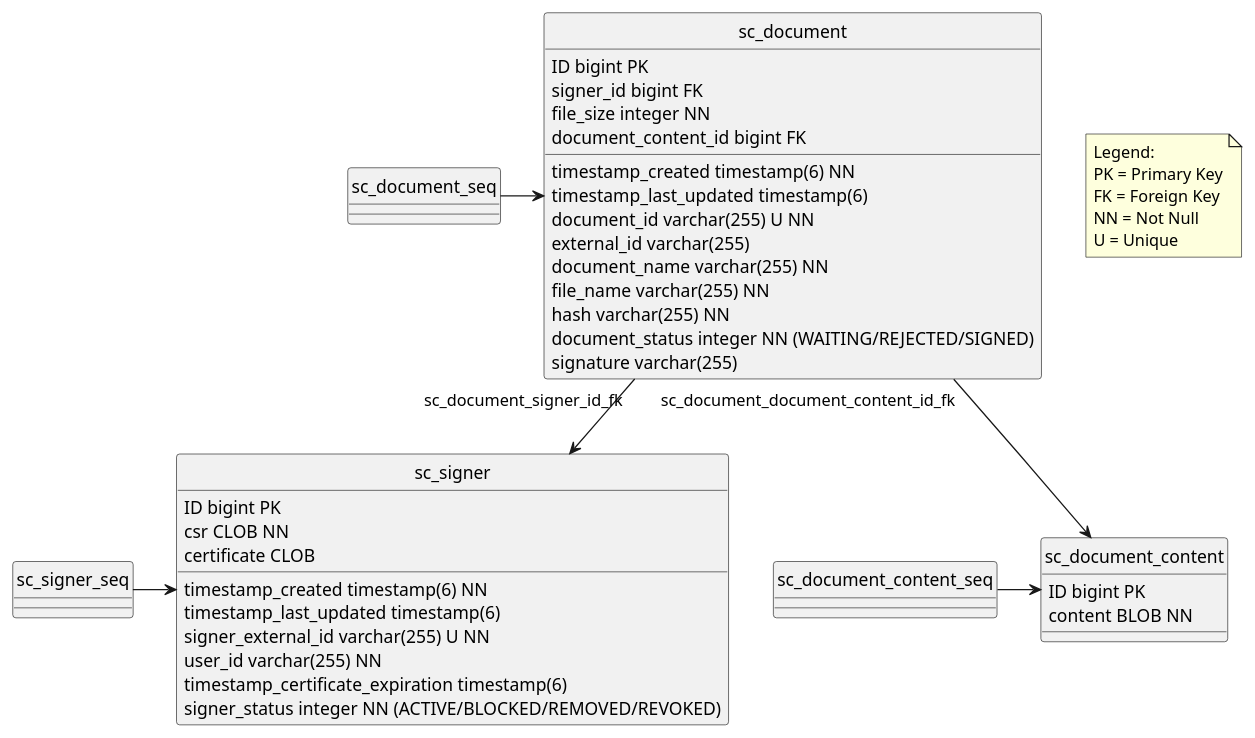
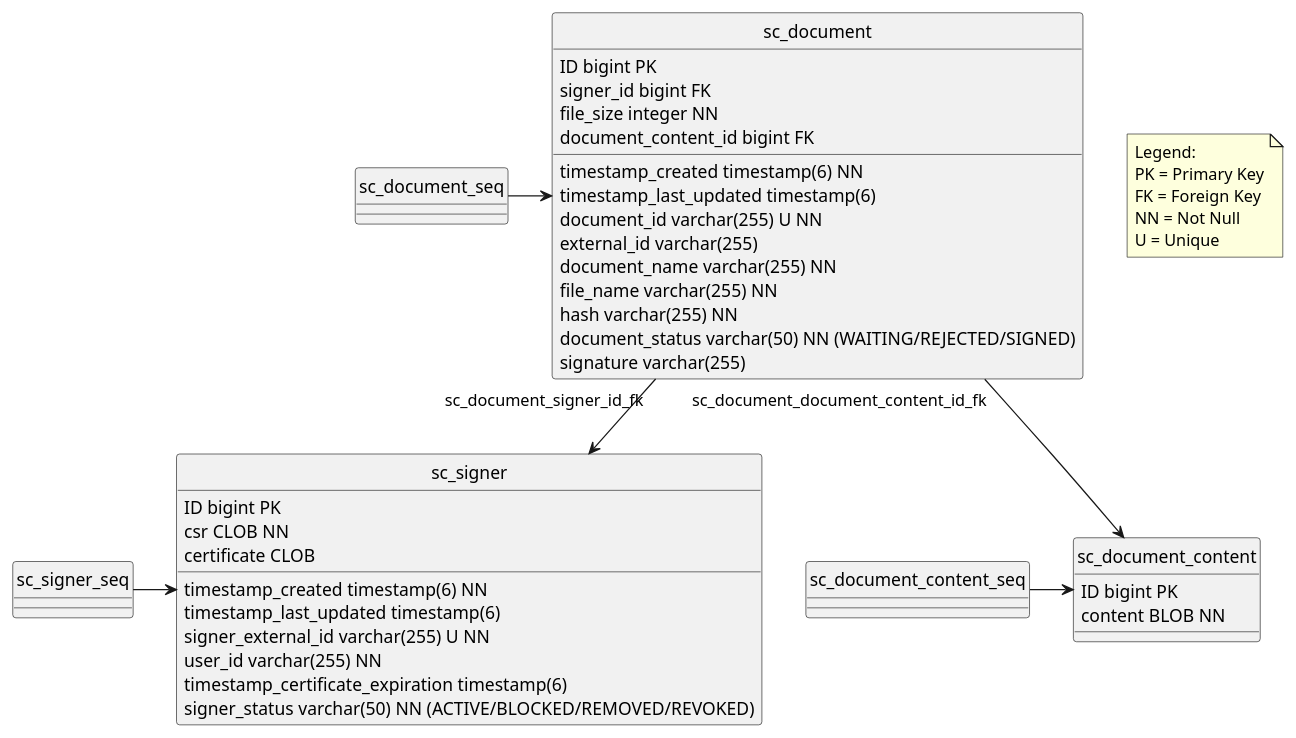
One commit to wultra/signer-cloud changed the diagram in docs-private/cloud_signer_server_database_schema.puml. Above: the diagram before and after it, drawn with PlantUML.

Commit message:
Fix incorrect status type in DB plantuml documentation

```diff
--- a/docs-private/cloud_signer_server_database_schema.puml
+++ b/docs-private/cloud_signer_server_database_schema.puml
@@ -1,53 +1,53 @@
 @startuml
 hide stereotypes
 hide circle
 
 class sc_signer {
     ID bigint PK
     timestamp_created timestamp(6) NN
     timestamp_last_updated timestamp(6)
     signer_external_id varchar(255) U NN
     user_id varchar(255) NN
     csr CLOB NN
     certificate CLOB
     timestamp_certificate_expiration timestamp(6)
-    signer_status integer NN (ACTIVE/BLOCKED/REMOVED/REVOKED)
+    signer_status varchar(50) NN (ACTIVE/BLOCKED/REMOVED/REVOKED)
 }
 
 class sc_document {
     ID bigint PK
     timestamp_created timestamp(6) NN
     timestamp_last_updated timestamp(6)
     document_id varchar(255) U NN
     signer_id bigint FK
     external_id varchar(255)
     document_name varchar(255) NN
     file_name varchar(255) NN
     file_size integer NN
     document_content_id bigint FK
     hash varchar(255) NN
-    document_status integer NN (WAITING/REJECTED/SIGNED)
+    document_status varchar(50) NN (WAITING/REJECTED/SIGNED)
     signature varchar(255)
 }
 
 class sc_document_content {
     ID bigint PK
     content BLOB NN
 }
 
 sc_document "sc_document_signer_id_fk" --> sc_signer
 sc_document "sc_document_document_content_id_fk" --> sc_document_content
 
 sc_signer_seq -> sc_signer
 sc_document_seq -> sc_document
 sc_document_content_seq -> sc_document_content
 
 note as note1
 Legend:
 PK = Primary Key
 FK = Foreign Key
 NN = Not Null
 U = Unique
 end note
 
 @enduml
```
